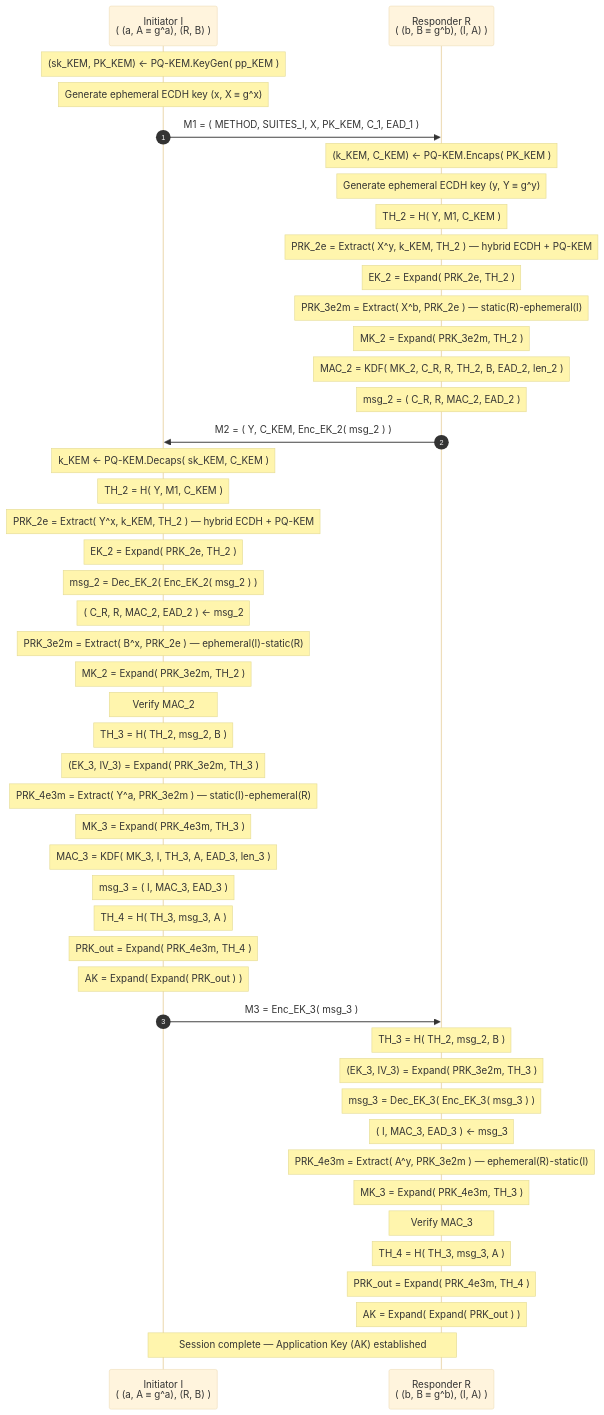
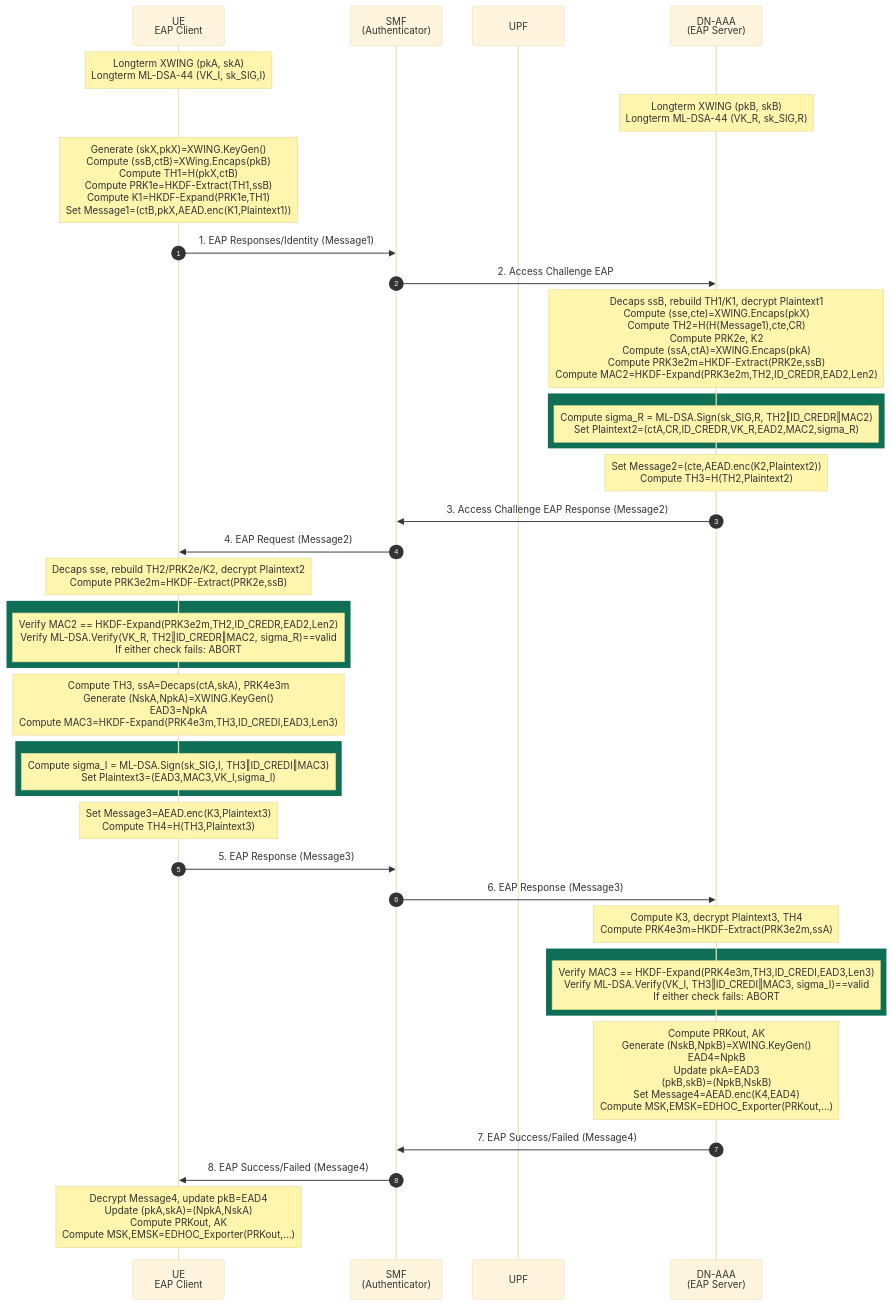
Before and after one commit to adipanca/EdhocSecondaryAuth: the fifth of 5 diagrams in mermaid.md, drawn with Mermaid (base theme). The commit also changed other lines of this file and 1290 other files, not shown here.

````diff
--- a/mermaid.md
+++ b/mermaid.md
@@ -284,57 +284,49 @@
 ```mermaid
 sequenceDiagram
     autonumber
-    participant I as Initiator I<br/>( (a, A ≡ g^a), (R, B) )
-    participant R as Responder R<br/>( (b, B ≡ g^b), (I, A) )
+    participant UE as UE<br/>EAP Client
+    participant SMF as SMF<br/>(Authenticator)
+    participant UPF as UPF
+    participant AAA as DN-AAA<br/>(EAP Server)
 
-    Note over I: (sk_KEM, PK_KEM) ← PQ-KEM.KeyGen( pp_KEM )
-    Note over I: Generate ephemeral ECDH key (x, X ≡ g^x)
+    Note over UE: Longterm XWING (pkA, skA)<br/>Longterm ML-DSA-44 (VK_I, sk_SIG,I)
+    Note over AAA: Longterm XWING (pkB, skB)<br/>Longterm ML-DSA-44 (VK_R, sk_SIG,R)
 
-    I->>R: M1 = ( METHOD, SUITES_I, X, PK_KEM, C_1, EAD_1 )
+    Note over UE: Generate (skX,pkX)=XWING.KeyGen()<br/>Compute (ssB,ctB)=XWing.Encaps(pkB)<br/>Compute TH1=H(pkX,ctB)<br/>Compute PRK1e=HKDF-Extract(TH1,ssB)<br/>Compute K1=HKDF-Expand(PRK1e,TH1)<br/>Set Message1=(ctB,pkX,AEAD.enc(K1,Plaintext1))
 
-    Note over R: (k_KEM, C_KEM) ← PQ-KEM.Encaps( PK_KEM )
-    Note over R: Generate ephemeral ECDH key (y, Y ≡ g^y)
-    Note over R: TH_2 = H( Y, M1, C_KEM )
-    Note over R: PRK_2e = Extract( X^y, k_KEM, TH_2 )  — hybrid ECDH + PQ-KEM
-    Note over R: EK_2 = Expand( PRK_2e, TH_2 )
-    Note over R: PRK_3e2m = Extract( X^b, PRK_2e )  — static(R)-ephemeral(I)
-    Note over R: MK_2 = Expand( PRK_3e2m, TH_2 )
-    Note over R: MAC_2 = KDF( MK_2, C_R, R, TH_2, B, EAD_2, len_2 )
-    Note over R: msg_2 = ( C_R, R, MAC_2, EAD_2 )
+    UE->>SMF: 1. EAP Responses/Identity (Message1)
+    SMF->>AAA: 2. Access Challenge EAP
 
-    R->>I: M2 = ( Y, C_KEM, Enc_EK_2( msg_2 ) )
+    Note over AAA: Decaps ssB, rebuild TH1/K1, decrypt Plaintext1<br/>Compute (sse,cte)=XWING.Encaps(pkX)<br/>Compute TH2=H(H(Message1),cte,CR)<br/>Compute PRK2e, K2<br/>Compute (ssA,ctA)=XWING.Encaps(pkA)<br/>Compute PRK3e2m=HKDF-Extract(PRK2e,ssB)<br/>Compute MAC2=HKDF-Expand(PRK3e2m,TH2,ID_CREDR,EAD2,Len2)
+    rect rgb(15,110,86)
+    Note over AAA: Compute sigma_R = ML-DSA.Sign(sk_SIG,R, TH2‖ID_CREDR‖MAC2)<br/>Set Plaintext2=(ctA,CR,ID_CREDR,VK_R,EAD2,MAC2,sigma_R)
+    end
+    Note over AAA: Set Message2=(cte,AEAD.enc(K2,Plaintext2))<br/>Compute TH3=H(TH2,Plaintext2)
 
-    Note over I: k_KEM ← PQ-KEM.Decaps( sk_KEM, C_KEM )
-    Note over I: TH_2 = H( Y, M1, C_KEM )
-    Note over I: PRK_2e = Extract( Y^x, k_KEM, TH_2 )  — hybrid ECDH + PQ-KEM
-    Note over I: EK_2 = Expand( PRK_2e, TH_2 )
-    Note over I: msg_2 = Dec_EK_2( Enc_EK_2( msg_2 ) )
-    Note over I: ( C_R, R, MAC_2, EAD_2 ) ← msg_2
-    Note over I: PRK_3e2m = Extract( B^x, PRK_2e )  — ephemeral(I)-static(R)
-    Note over I: MK_2 = Expand( PRK_3e2m, TH_2 )
-    Note over I: Verify MAC_2
-    Note over I: TH_3 = H( TH_2, msg_2, B )
-    Note over I: (EK_3, IV_3) = Expand( PRK_3e2m, TH_3 )
-    Note over I: PRK_4e3m = Extract( Y^a, PRK_3e2m )  — static(I)-ephemeral(R)
-    Note over I: MK_3 = Expand( PRK_4e3m, TH_3 )
-    Note over I: MAC_3 = KDF( MK_3, I, TH_3, A, EAD_3, len_3 )
-    Note over I: msg_3 = ( I, MAC_3, EAD_3 )
-    Note over I: TH_4 = H( TH_3, msg_3, A )
-    Note over I: PRK_out = Expand( PRK_4e3m, TH_4 )
-    Note over I: AK = Expand( Expand( PRK_out ) )
+    AAA->>SMF: 3. Access Challenge EAP Response (Message2)
+    SMF->>UE: 4. EAP Request (Message2)
 
-    I->>R: M3 = Enc_EK_3( msg_3 )
+    Note over UE: Decaps sse, rebuild TH2/PRK2e/K2, decrypt Plaintext2<br/>Compute PRK3e2m=HKDF-Extract(PRK2e,ssB)
+    rect rgb(15,110,86)
+    Note over UE: Verify MAC2 == HKDF-Expand(PRK3e2m,TH2,ID_CREDR,EAD2,Len2)<br/>Verify ML-DSA.Verify(VK_R, TH2‖ID_CREDR‖MAC2, sigma_R)==valid<br/>If either check fails: ABORT
+    end
+    Note over UE: Compute TH3, ssA=Decaps(ctA,skA), PRK4e3m<br/>Generate (NskA,NpkA)=XWING.KeyGen()<br/>EAD3=NpkA<br/>Compute MAC3=HKDF-Expand(PRK4e3m,TH3,ID_CREDI,EAD3,Len3)
+    rect rgb(15,110,86)
+    Note over UE: Compute sigma_I = ML-DSA.Sign(sk_SIG,I, TH3‖ID_CREDI‖MAC3)<br/>Set Plaintext3=(EAD3,MAC3,VK_I,sigma_I)
+    end
+    Note over UE: Set Message3=AEAD.enc(K3,Plaintext3)<br/>Compute TH4=H(TH3,Plaintext3)
 
-    Note over R: TH_3 = H( TH_2, msg_2, B )
-    Note over R: (EK_3, IV_3) = Expand( PRK_3e2m, TH_3 )
-    Note over R: msg_3 = Dec_EK_3( Enc_EK_3( msg_3 ) )
-    Note over R: ( I, MAC_3, EAD_3 ) ← msg_3
-    Note over R: PRK_4e3m = Extract( A^y, PRK_3e2m )  — ephemeral(R)-static(I)
-    Note over R: MK_3 = Expand( PRK_4e3m, TH_3 )
-    Note over R: Verify MAC_3
-    Note over R: TH_4 = H( TH_3, msg_3, A )
-    Note over R: PRK_out = Expand( PRK_4e3m, TH_4 )
-    Note over R: AK = Expand( Expand( PRK_out ) )
+    UE->>SMF: 5. EAP Response (Message3)
+    SMF->>AAA: 6. EAP Response (Message3)
 
-    Note over I,R: Session complete — Application Key (AK) established
+    Note over AAA: Compute K3, decrypt Plaintext3, TH4<br/>Compute PRK4e3m=HKDF-Extract(PRK3e2m,ssA)
+    rect rgb(15,110,86)
+    Note over AAA: Verify MAC3 == HKDF-Expand(PRK4e3m,TH3,ID_CREDI,EAD3,Len3)<br/>Verify ML-DSA.Verify(VK_I, TH3‖ID_CREDI‖MAC3, sigma_I)==valid<br/>If either check fails: ABORT
+    end
+    Note over AAA: Compute PRKout, AK<br/>Generate (NskB,NpkB)=XWING.KeyGen()<br/>EAD4=NpkB<br/>Update pkA=EAD3<br/>(pkB,skB)=(NpkB,NskB)<br/>Set Message4=AEAD.enc(K4,EAD4)<br/>Compute MSK,EMSK=EDHOC_Exporter(PRKout,...)
+
+    AAA->>SMF: 7. EAP Success/Failed (Message4)
+    SMF->>UE: 8. EAP Success/Failed (Message4)
+
+    Note over UE: Decrypt Message4, update pkB=EAD4<br/>Update (pkA,skA)=(NpkA,NskA)<br/>Compute PRKout, AK<br/>Compute MSK,EMSK=EDHOC_Exporter(PRKout,...)
 ```
````
